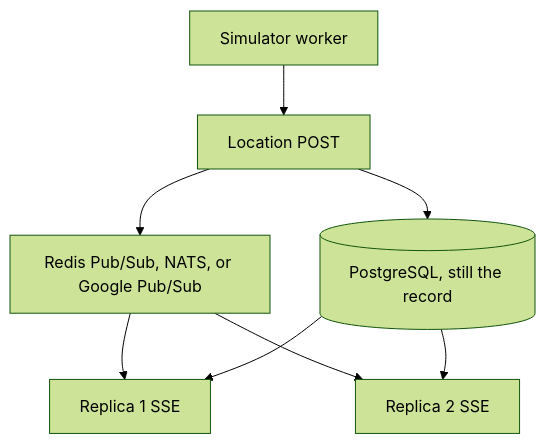
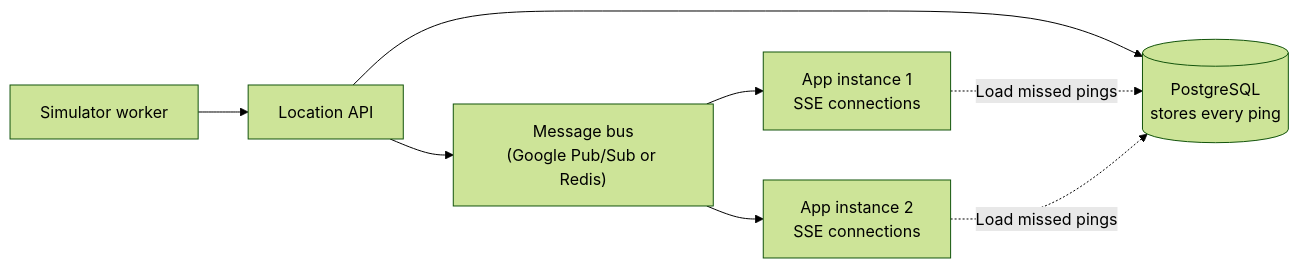
One commit to hiteshpachpor/awr-vehicle-logistics changed the seventh of 11 diagrams in docs/deliverable-2-presentation-content.md. Above: the diagram before and after it, drawn with Mermaid (forest theme). The commit also changed other lines of this file and 2 other files, not shown here.

````diff
--- a/docs/deliverable-2-presentation-content.md
+++ b/docs/deliverable-2-presentation-content.md
@@ -343,10 +294,10 @@
 ```mermaid
-flowchart TB
-  Ingest[Location POST] --> PG[(PostgreSQL, still the record)]
-  Ingest --> Bus[Redis Pub/Sub, NATS, or Google Pub/Sub]
-  Bus --> R1[Replica 1 SSE]
-  Bus --> R2[Replica 2 SSE]
-  PG --> R1
-  PG --> R2
-  Sim[Simulator worker] --> Ingest
+flowchart LR
+  Ingest["Location API"] --> PG[("PostgreSQL<br/>stores every ping")]
+  Ingest --> Bus["Message bus<br/>(Google Pub/Sub or Redis)"]
+  Bus --> R1["App instance 1<br/>SSE connections"]
+  Bus --> R2["App instance 2<br/>SSE connections"]
+  R1 -. "Load missed pings" .-> PG
+  R2 -. "Load missed pings" .-> PG
+  Sim["Simulator worker"] --> Ingest
 ```
````
